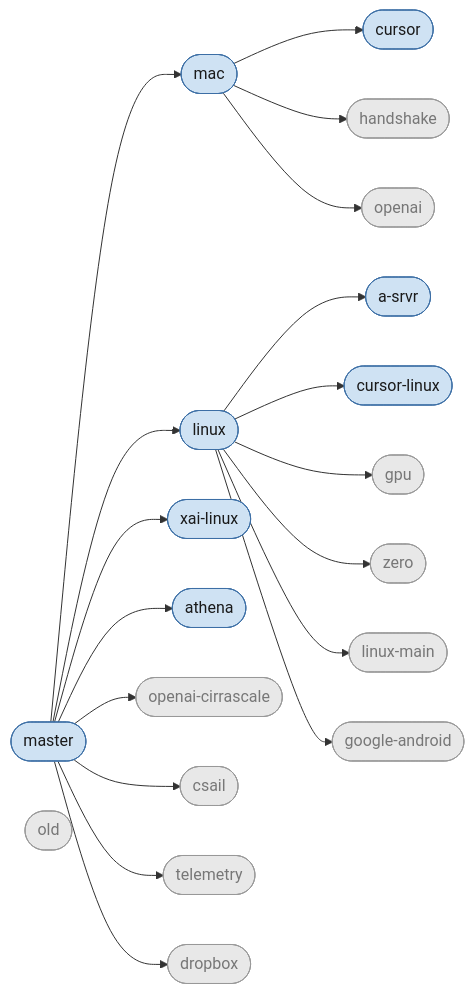
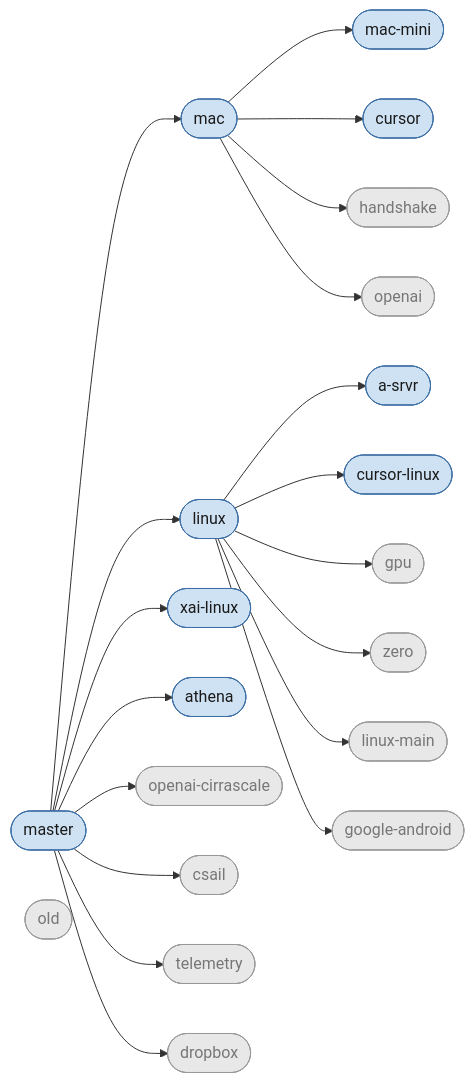
The diagram in README.md (anishathalye/dotfiles-local), drawn with Mermaid before and after one commit.

````diff
--- a/README.md
+++ b/README.md
@@ -20,45 +20,47 @@
 ```mermaid
 graph LR
     master([master]):::active
     mac([mac]):::active
+    mac_mini([mac-mini]):::active
     cursor([cursor]):::active
     handshake([handshake]):::inactive
     openai([openai]):::inactive
     linux([linux]):::active
     a_srvr([a-srvr]):::active
     cursor_linux([cursor-linux]):::active
     gpu([gpu]):::inactive
     zero([zero]):::inactive
     linux_main([linux-main]):::inactive
     google_android([google-android]):::inactive
     xai_linux([xai-linux]):::active
     athena([athena]):::active
     openai_cirrascale([openai-cirrascale]):::inactive
     csail([csail]):::inactive
     telemetry([telemetry]):::inactive
     dropbox([dropbox]):::inactive
     old([old]):::inactive
 
     master --> mac
     master --> linux
     master --> xai_linux
     master --> athena
     master --> openai_cirrascale
     master --> csail
     master --> telemetry
     master --> dropbox
 
+    mac --> mac_mini
     mac --> cursor
     mac --> handshake
     mac --> openai
 
     linux --> a_srvr
     linux --> cursor_linux
     linux --> gpu
     linux --> zero
     linux --> linux_main
     linux --> google_android
 
     classDef active fill:#cfe2f3,stroke:#3d6fa5,color:#1a1a1a;
     classDef inactive fill:#e8e8e8,stroke:#999999,color:#777777;
 ```
````
